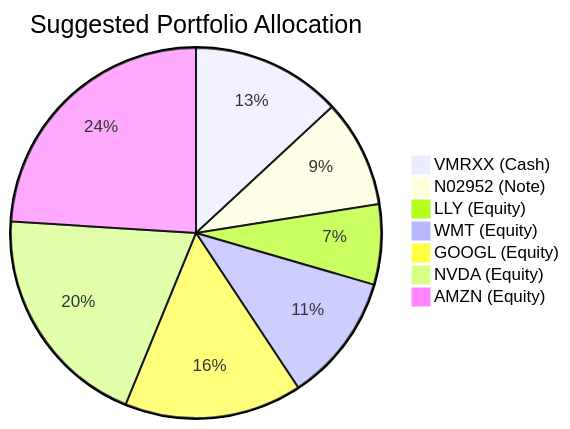
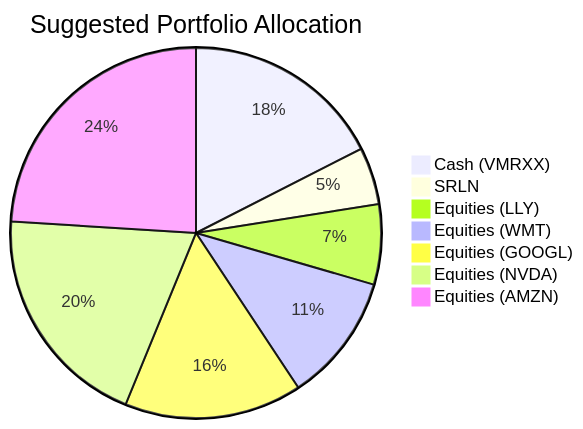
The second of 2 diagrams in docs/sample outputs/client_product_fit_analysis_2.md (roger249/Bot-collaboration), drawn with Mermaid before and after one commit. The commit also changed other lines of this file and 16 other files, not shown here.

````diff
--- a/docs/sample outputs/client_product_fit_analysis_2.md
+++ b/docs/sample outputs/client_product_fit_analysis_2.md
@@ -62,10 +59,10 @@
 ```mermaid
 pie title Suggested Portfolio Allocation
-    "VMRXX (Cash)" : 13.1
-    "N02952 (Note)" : 9.4
-    "LLY (Equity)" : 7.0
-    "WMT (Equity)" : 11.2
-    "GOOGL (Equity)" : 15.5
-    "NVDA (Equity)" : 19.8
-    "AMZN (Equity)" : 24.0
+    "Cash (VMRXX)" : 17.5
+    "SRLN" : 5.0
+    "Equities (LLY)" : 7.0
+    "Equities (WMT)" : 11.2
+    "Equities (GOOGL)" : 15.5
+    "Equities (NVDA)" : 19.8
+    "Equities (AMZN)" : 24.0
 ```
````
